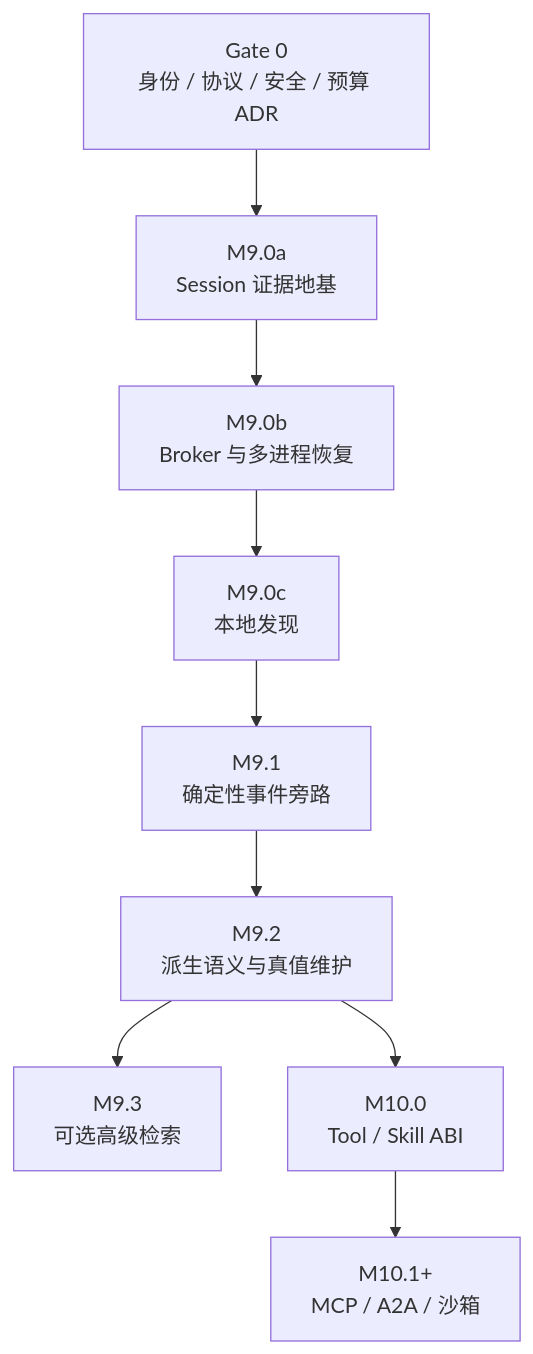
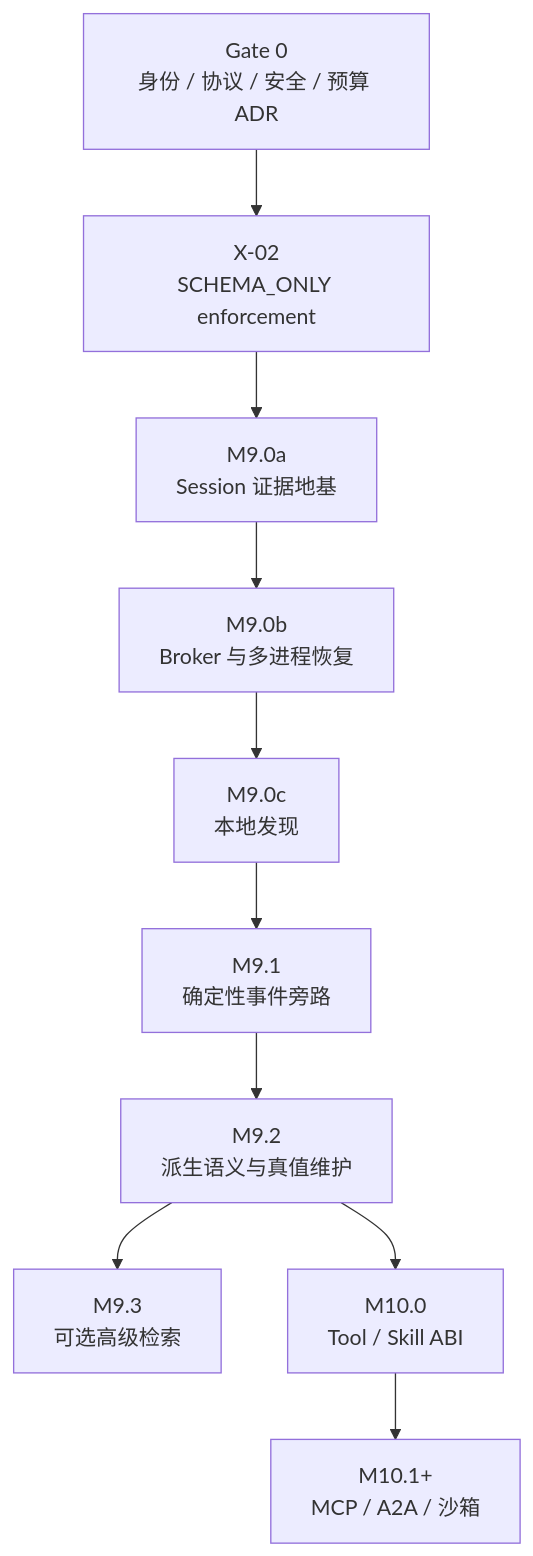
The diagram in docs/development/agent-engineering-plan-v1.0.md (EthanBird/Sense), drawn with Mermaid before and after one commit. The commit also changed other lines of this file and 4 other files, not shown here.

````diff
--- a/docs/development/agent-engineering-plan-v1.0.md
+++ b/docs/development/agent-engineering-plan-v1.0.md
@@ -124,11 +129,12 @@
 ```mermaid
 flowchart TD
-    G0["Gate 0<br/>身份 / 协议 / 安全 / 预算 ADR"] --> A["M9.0a<br/>Session 证据地基"]
+    G0["Gate 0<br/>身份 / 协议 / 安全 / 预算 ADR"] --> X2["X-02<br/>SCHEMA_ONLY enforcement"]
+    X2 --> A["M9.0a<br/>Session 证据地基"]
     A --> B["M9.0b<br/>Broker 与多进程恢复"]
     B --> C["M9.0c<br/>本地发现"]
     C --> D["M9.1<br/>确定性事件旁路"]
     D --> E["M9.2<br/>派生语义与真值维护"]
     E --> F["M9.3<br/>可选高级检索"]
     E --> G["M10.0<br/>Tool / Skill ABI"]
     G --> H["M10.1+<br/>MCP / A2A / 沙箱"]
 ```
````
